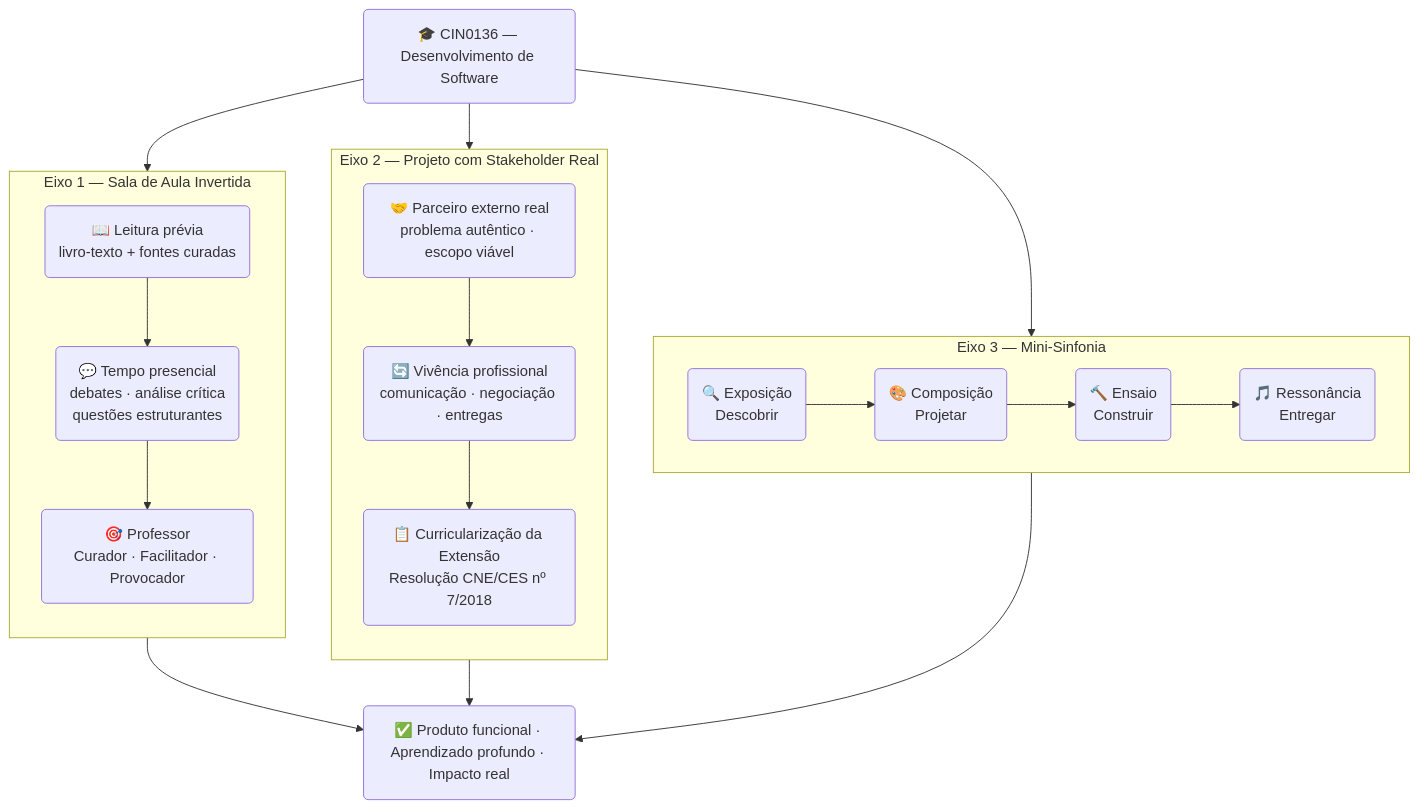
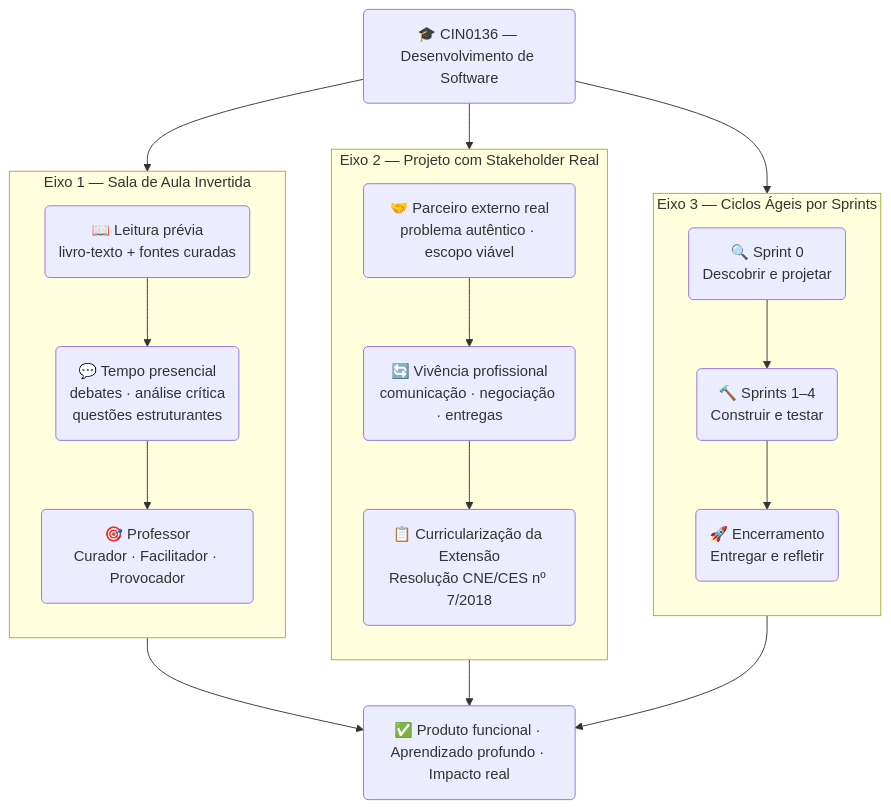
The diagram in docs/metodologia.md (assertlab/deso), drawn with Mermaid before and after one commit. The commit also changed other lines of this file and 5 other files, not shown here.

````diff
--- a/docs/metodologia.md
+++ b/docs/metodologia.md
@@ -11,35 +11,34 @@
 ```mermaid
 flowchart TB
     DISC("🎓 CIN0136 — Desenvolvimento de Software")
 
     DISC --> E1
     DISC --> E2
     DISC --> E3
 
     subgraph E1["Eixo 1 — Sala de Aula Invertida"]
         direction TB
         L1("📖 Leitura prévia<br>livro-texto + fontes curadas")
         L2("💬 Tempo presencial<br>debates · análise crítica<br>questões estruturantes")
         L3("🎯 Professor<br>Curador · Facilitador · Provocador")
         L1 --> L2 --> L3
     end
 
     subgraph E2["Eixo 2 — Projeto com Stakeholder Real"]
         direction TB
         P1("🤝 Parceiro externo real<br>problema autêntico · escopo viável")
         P2("🔄 Vivência profissional<br>comunicação · negociação · entregas")
         P3("📋 Curricularização da Extensão<br>Resolução CNE/CES nº 7/2018")
         P1 --> P2 --> P3
     end
 
-    subgraph E3["Eixo 3 — Mini-Sinfonia"]
-        direction LR
-        M1("🔍 Exposição<br>Descobrir")
-        M2("🎨 Composição<br>Projetar")
-        M3("🔨 Ensaio<br>Construir")
-        M4("🎵 Ressonância<br>Entregar")
-        M1 --> M2 --> M3 --> M4
+    subgraph E3["Eixo 3 — Ciclos Ágeis por Sprints"]
+        direction TB
+        M1("🔍 Sprint 0<br>Descobrir e projetar")
+        M2("🔨 Sprints 1–4<br>Construir e testar")
+        M3("🚀 Encerramento<br>Entregar e refletir")
+        M1 --> M2 --> M3
     end
 
     E1 & E2 & E3 --> OUT("✅ Produto funcional · Aprendizado profundo · Impacto real")
 ```
````
